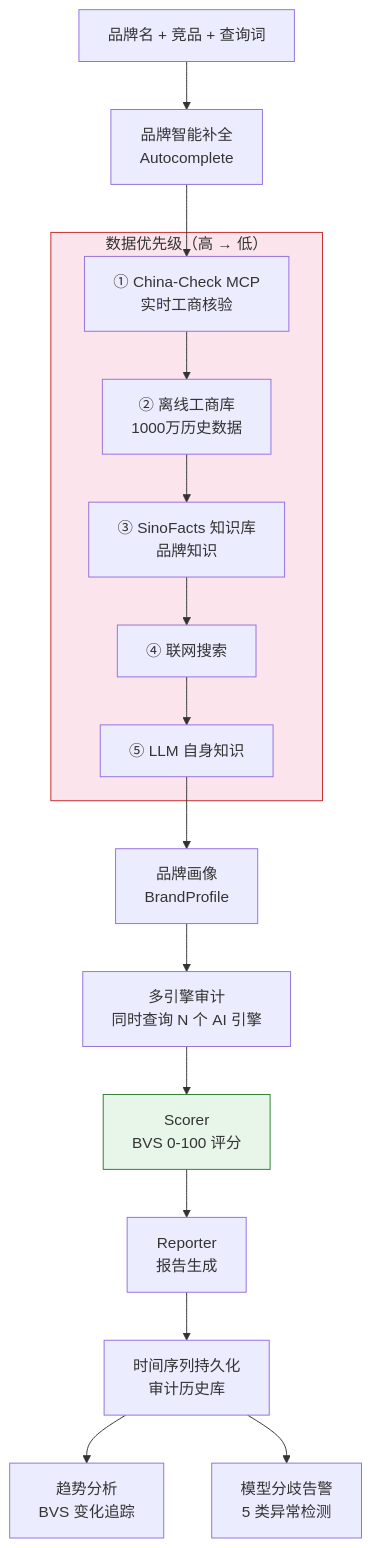
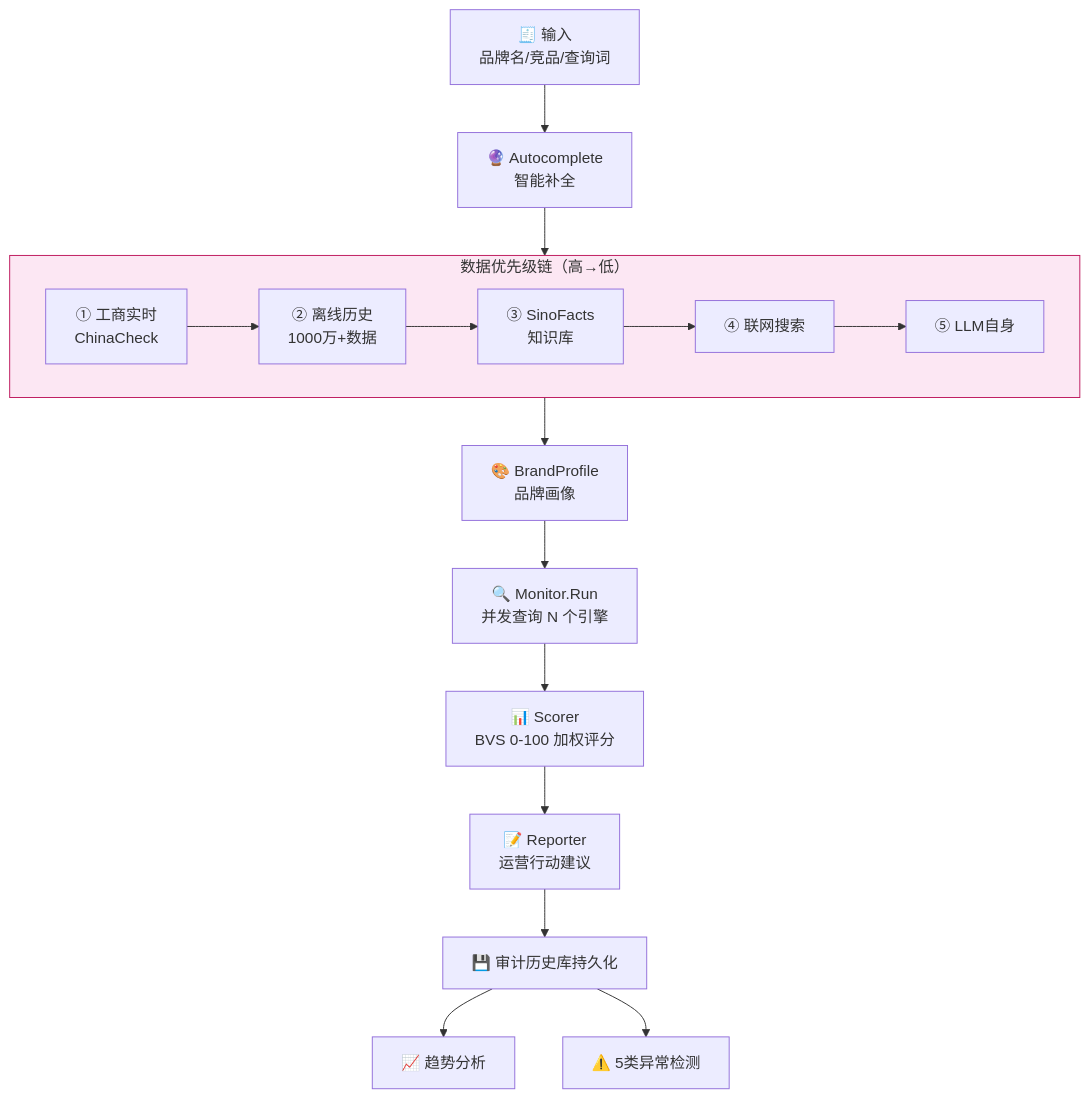
The eighth of 31 diagrams in docs/architecture.md (deep2code/geo), drawn with Mermaid before and after one commit. The commit also changed other lines of this file and 3 other files, not shown here.

First line of the commit message:
docs: 全面美化文档，大量采用 Mermaid 图表

````diff
--- a/docs/architecture.md
+++ b/docs/architecture.md
@@ -104,30 +208,25 @@
 ```mermaid
 flowchart TB
-    A["品牌名 + 竞品 + 查询词"] --> B["品牌智能补全<br/>Autocomplete"]
+    IN["🧾 输入<br/>品牌名/竞品/查询词"] --> AC["🔮 Autocomplete<br/>智能补全"]
 
-    subgraph 数据优先级["数据优先级（高 → 低）"]
-        D1["① China-Check MCP<br/>实时工商核验"]
-        D2["② 离线工商库<br/>1000万历史数据"]
-        D3["③ SinoFacts 知识库<br/>品牌知识"]
-        D4["④ 联网搜索"]
-        D5["⑤ LLM 自身知识"]
+    subgraph 数据优先级链["数据优先级链（高→低）"]
+        direction LR
+        P1["① 工商实时<br/>ChinaCheck"] --> P2["② 离线历史<br/>1000万+数据"]
+        P2 --> P3["③ SinoFacts<br/>知识库"]
+        P3 --> P4["④ 联网搜索"]
+        P4 --> P5["⑤ LLM自身"]
     end
 
-    B --> D1
-    D1 --> D2
-    D2 --> D3
-    D3 --> D4
-    D4 --> D5
-    D5 --> C["品牌画像<br/>BrandProfile"]
+    AC --> P1
+    P5 --> BP["🎨 BrandProfile<br/>品牌画像"]
 
-    C --> E["多引擎审计<br/>同时查询 N 个 AI 引擎"]
-    E --> F["Scorer<br/>BVS 0-100 评分"]
-    F --> G["Reporter<br/>报告生成"]
-    G --> H["时间序列持久化<br/>审计历史库"]
+    BP --> MON["🔍 Monitor.Run<br/>并发查询 N 个引擎"]
+    MON --> SCR["📊 Scorer<br/>BVS 0-100 加权评分"]
+    SCR --> REP["📝 Reporter<br/>运营行动建议"]
+    REP --> SAVE["💾 审计历史库持久化"]
 
-    H --> I["趋势分析<br/>BVS 变化追踪"]
-    H --> J["模型分歧告警<br/>5 类异常检测"]
+    SAVE --> TREND["📈 趋势分析"]
+    SAVE --> DIV["⚠️ 5类异常检测"]
 
-    style 数据优先级 fill:#fce4ec,stroke:#c62828
-    style F fill:#e8f5e9,stroke:#2e7d32
+    style 数据优先级链 fill:#fce7f3,stroke:#be185d
 ```
````
